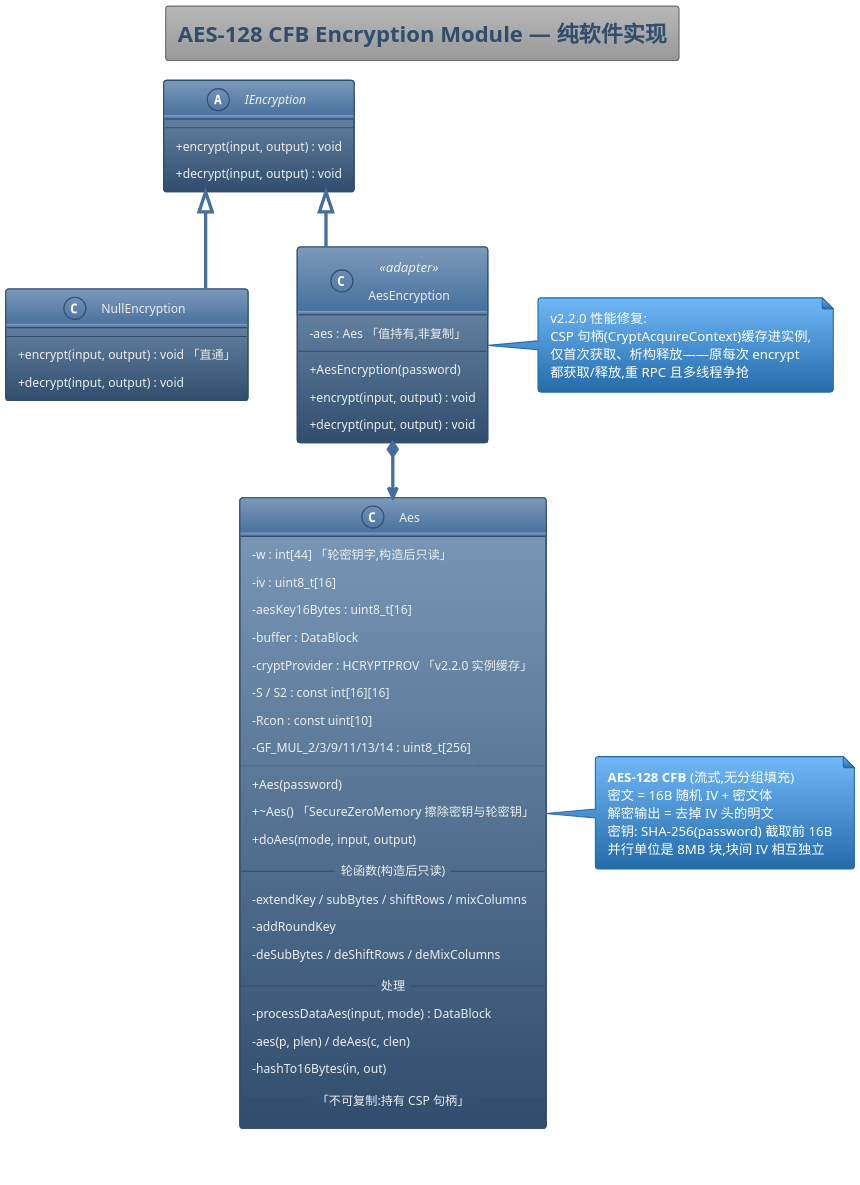
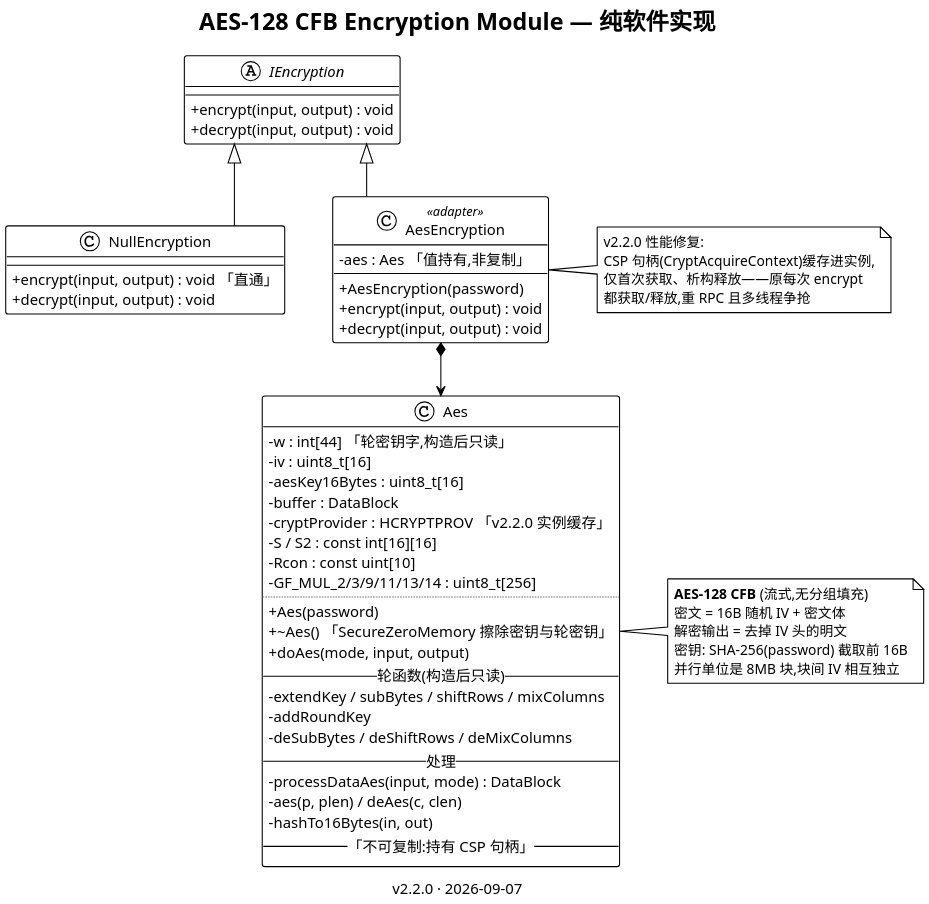
Before and after one commit to KAIDO-YONAGI/Noobs-Compressor: the diagram in DevFiles/FlowCharts/Docs/uml_4_aes.puml, drawn with PlantUML. The commit also changed 11 other files, not shown here.

Commit message:
UML 六图改回 plain 白底黑字主题：去掉 spacelab 彩色填充与扁平化修饰，保留中文字体/正交线/scale2/版本水印

```diff
--- a/DevFiles/FlowCharts/Docs/uml_4_aes.puml
+++ b/DevFiles/FlowCharts/Docs/uml_4_aes.puml
@@ -1,76 +1,74 @@
 @startuml AES_Module
 scale 2
-!theme spacelab
+!theme plain
 skinparam classAttributeIconSize 0
 skinparam linetype ortho
 skinparam defaultFontName "Microsoft YaHei"
-skinparam shadowing false
-skinparam roundCorner 6
 skinparam nodesep 45
 skinparam ranksep 50
 caption v2.2.0 · 2026-09-07
 
 title AES-128 CFB Encryption Module — 纯软件实现
 
 abstract class IEncryption {
     + encrypt(input, output) : void
     + decrypt(input, output) : void
 }
 
 together {
     class AesEncryption <<adapter>> {
         - aes : Aes 「值持有,非复制」
         + AesEncryption(password)
         + encrypt(input, output) : void
         + decrypt(input, output) : void
     }
     class NullEncryption {
         + encrypt(input, output) : void 「直通」
         + decrypt(input, output) : void
     }
 }
 
 class Aes {
     - w : int[44] 「轮密钥字,构造后只读」
     - iv : uint8_t[16]
     - aesKey16Bytes : uint8_t[16]
     - buffer : DataBlock
     - cryptProvider : HCRYPTPROV 「v2.2.0 实例缓存」
     - S / S2 : const int[16][16]
     - Rcon : const uint[10]
     - GF_MUL_2/3/9/11/13/14 : uint8_t[256]
     ..
     + Aes(password)
     + ~Aes() 「SecureZeroMemory 擦除密钥与轮密钥」
     + doAes(mode, input, output)
     __ 轮函数(构造后只读) __
     - extendKey / subBytes / shiftRows / mixColumns
     - addRoundKey
     - deSubBytes / deShiftRows / deMixColumns
     __ 处理 __
     - processDataAes(input, mode) : DataBlock
     - aes(p, plen) / deAes(c, clen)
     - hashTo16Bytes(in, out)
     __ 「不可复制:持有 CSP 句柄」 __
 }
 
 IEncryption <|-- AesEncryption
 IEncryption <|-- NullEncryption
 AesEncryption *--> Aes
 
 note right of Aes
   **AES-128 CFB** (流式,无分组填充)
   密文 = 16B 随机 IV + 密文体
   解密输出 = 去掉 IV 头的明文
   密钥: SHA-256(password) 截取前 16B
   并行单位是 8MB 块,块间 IV 相互独立
 end note
 
 note left of AesEncryption
   v2.2.0 性能修复:
   CSP 句柄(CryptAcquireContext)缓存进实例,
   仅首次获取、析构释放——原每次 encrypt
   都获取/释放,重 RPC 且多线程争抢
 end note
 
 @enduml
```
